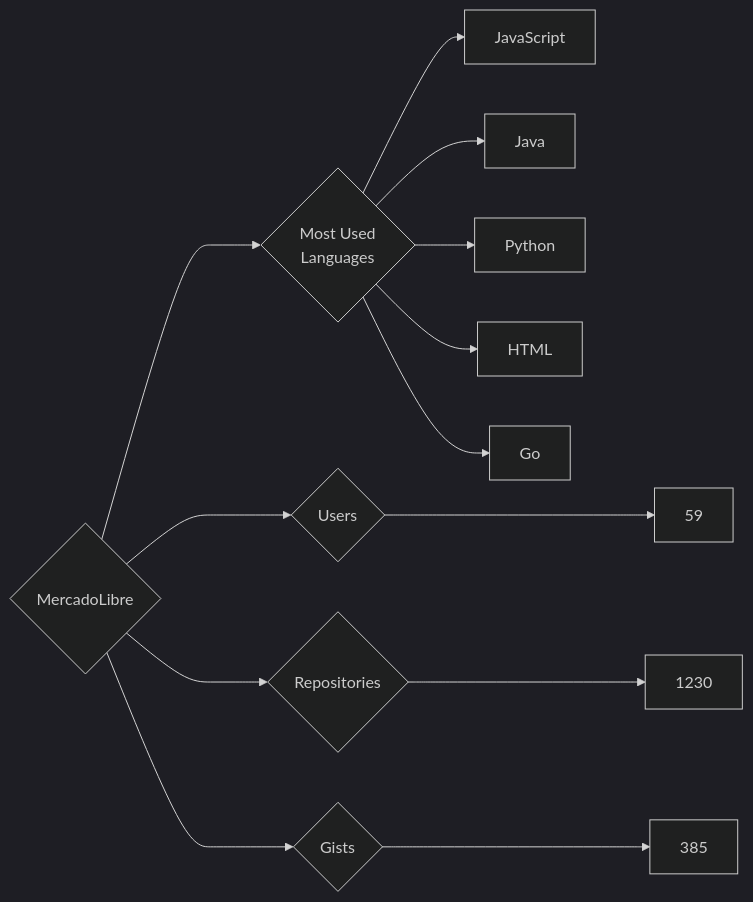
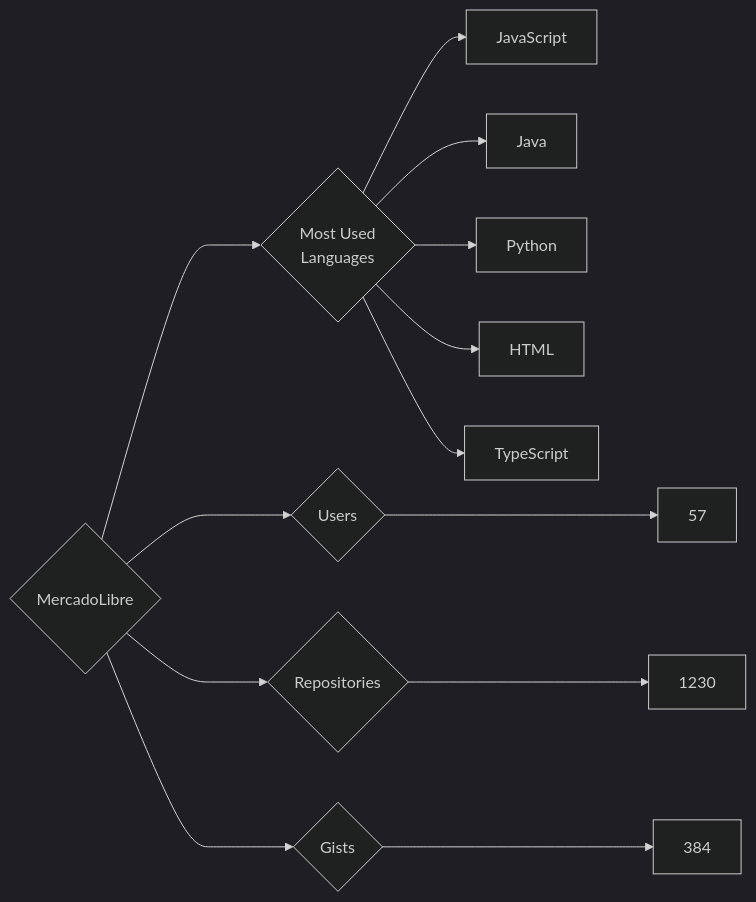
The diagram in targets/MercadoLibre/README.md (trickest/insiders), drawn with Mermaid (dark theme) before and after one commit. The commit also changed 797 other files, not shown here.

````diff
--- a/targets/MercadoLibre/README.md
+++ b/targets/MercadoLibre/README.md
@@ -3,13 +3,13 @@
 ```mermaid
 graph LR
 COMPANY_NAME{MercadoLibre}
-COMPANY_NAME ---> U{Users} ---> UN[59]
+COMPANY_NAME ---> U{Users} ---> UN[57]
 COMPANY_NAME ---> R{Repositories} ---> RN[1230]
-COMPANY_NAME ---> G{Gists} ---> GN[385]
+COMPANY_NAME ---> G{Gists} ---> GN[384]
 COMPANY_NAME ---> ML{Most Used<br>Languages}
 ML --> JavaScript[JavaScript]
 ML --> Java[Java]
 ML --> Python[Python]
 ML --> HTML[HTML]
-ML --> Go[Go]
+ML --> TypeScript[TypeScript]
 ```
````
